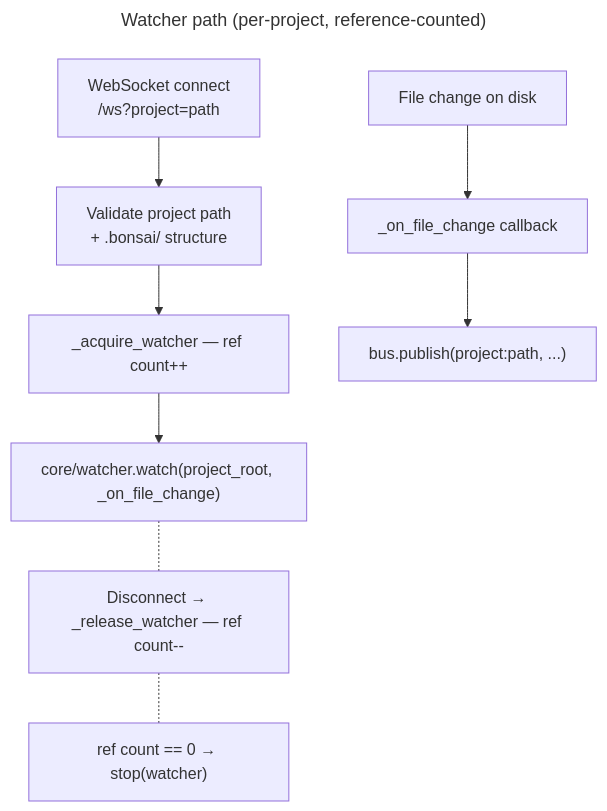
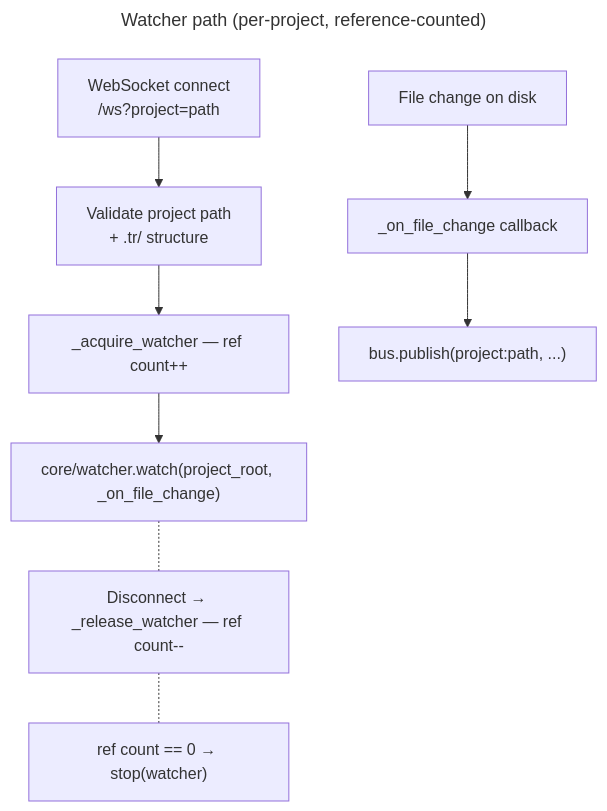
The second of 3 diagrams in backend/app/rpc/README.md (JetBrains/thinkrail), drawn with Mermaid before and after one commit. The commit also changed other lines of this file and 372 other files, not shown here.

````diff
--- a/backend/app/rpc/README.md
+++ b/backend/app/rpc/README.md
@@ -267,20 +267,20 @@
 ```mermaid
 ---
 title: "Watcher path (per-project, reference-counted)"
 ---
 graph TD
     Connect["WebSocket connect<br/>/ws?project=path"]
-    Validate["Validate project path<br/>+ .bonsai/ structure"]
+    Validate["Validate project path<br/>+ .tr/ structure"]
     Acquire["_acquire_watcher — ref count++"]
     Watch["core/watcher.watch(project_root, _on_file_change)"]
     Change["File change on disk"]
     Callback["_on_file_change callback"]
     BusPub["bus.publish(project:path, ...)"]
     Release["Disconnect → _release_watcher — ref count--"]
     Stop["ref count == 0 → stop(watcher)"]
 
     Connect --> Validate --> Acquire --> Watch
     Change --> Callback --> BusPub
     Watch -.- Release
     Release -.- Stop
 ```
````
